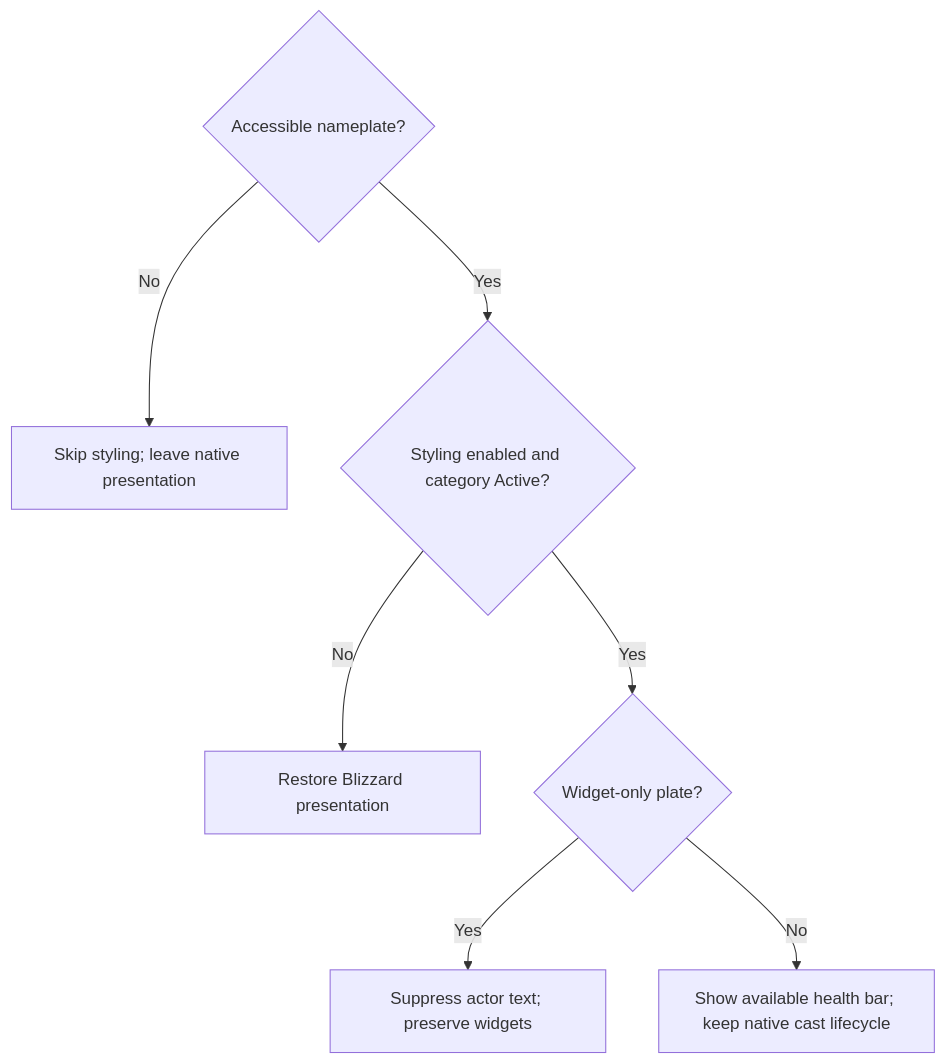
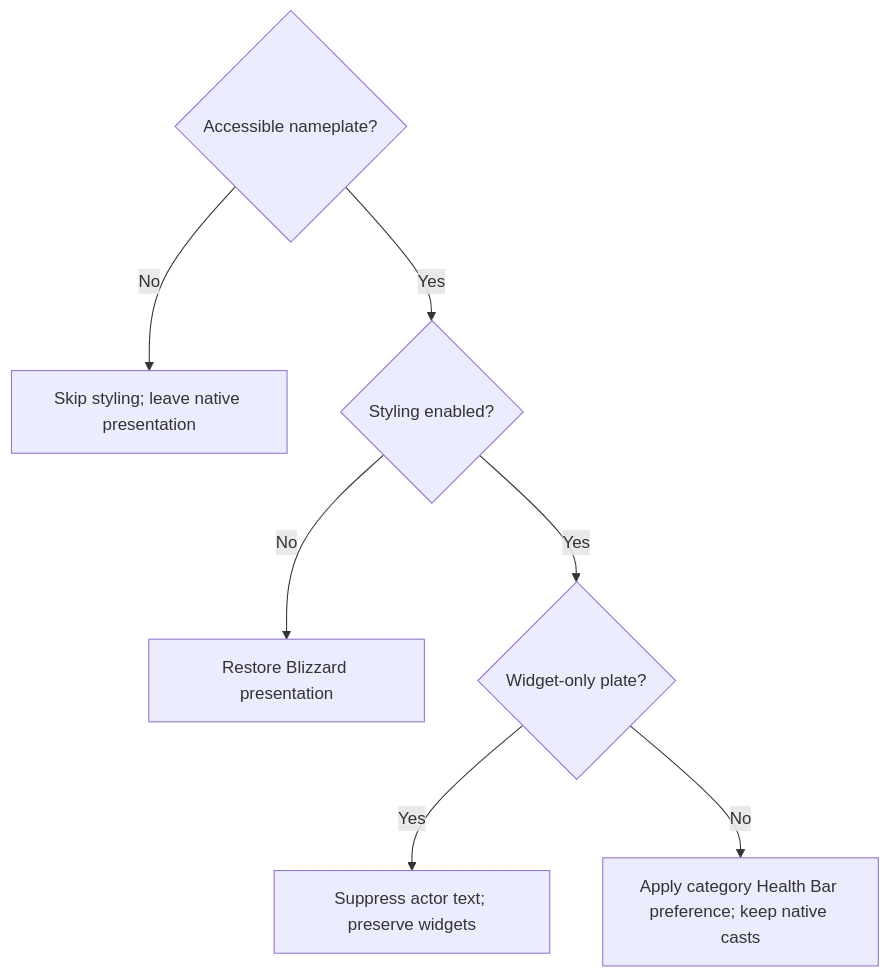
Before and after one commit to bblackmoor/SimpleNameplates: the second of 2 diagrams in docs/design/evaluation-overview.md, drawn with Mermaid. The commit also changed other lines of this file and 22 other files, not shown here.

First line of the commit message:
Fix text layering and add per-category health bar controls

````diff
--- a/docs/design/evaluation-overview.md
+++ b/docs/design/evaluation-overview.md
@@ -61,10 +61,10 @@
 ```mermaid
 flowchart TD
     A{"Accessible nameplate?"}
     A -->|No| L["Skip styling; leave native presentation"]
-    A -->|Yes| B{"Styling enabled and category Active?"}
+    A -->|Yes| B{"Styling enabled?"}
     B -->|No| R["Restore Blizzard presentation"]
     B -->|Yes| W{"Widget-only plate?"}
     W -->|Yes| S["Suppress actor text; preserve widgets"]
-    W -->|No| P["Show available health bar; keep native cast lifecycle"]
+    W -->|No| P["Apply category Health Bar preference; keep native casts"]
 ```
````
